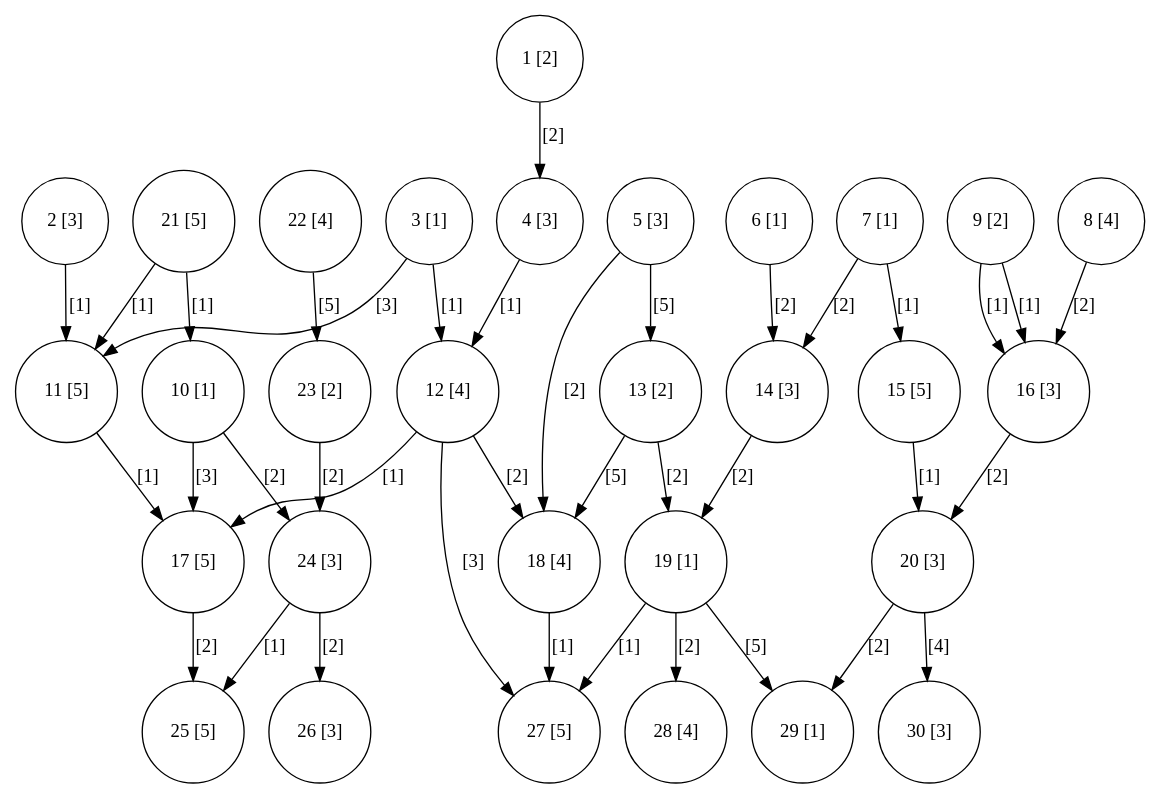
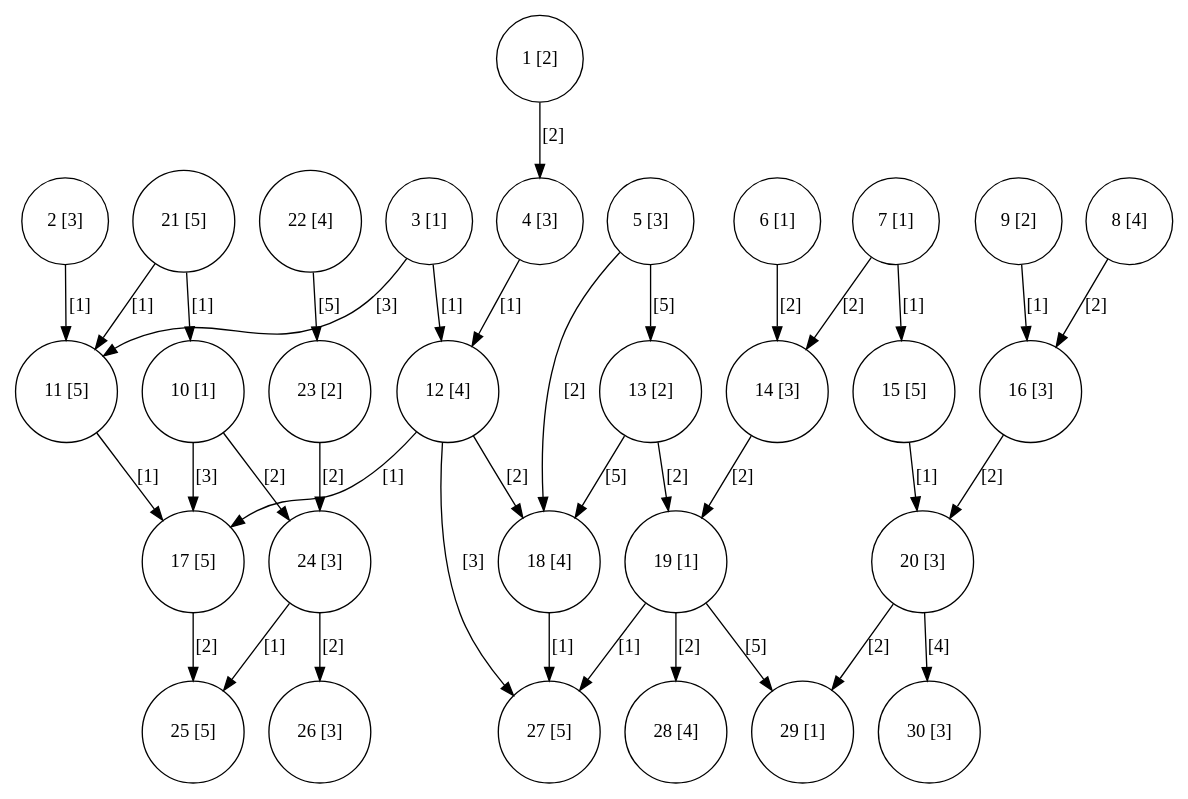
One commit to dimaLytvyniuk/PZKS changed the diagram in data_samples/graphiz-30-task-graph.gv. Above: the diagram before and after it, drawn with Graphviz. The commit also changed 1 other file, not shown here.

Commit message:
Add 30 task graph

```diff
--- a/data_samples/graphiz-30-task-graph.gv
+++ b/data_samples/graphiz-30-task-graph.gv
@@ -1,72 +1,70 @@
 digraph {
     1 [shape=circle; label="1 [2]"]
     2 [shape=circle; label="2 [3]"]
     3 [shape=circle; label="3 [1]"]
     4 [shape=circle; label="4 [3]"]
     5 [shape=circle; label="5 [3]"]
     6 [shape=circle; label="6 [1]"]
     7 [shape=circle; label="7 [1]"]
     8 [shape=circle; label="8 [4]"]
     9 [shape=circle; label="9 [2]"]
     10 [shape=circle; label="10 [1]"]
     11 [shape=circle; label="11 [5]"]
     12 [shape=circle; label="12 [4]"]
     13 [shape=circle; label="13 [2]"]
     14 [shape=circle; label="14 [3]"]
     15 [shape=circle; label="15 [5]"]
     16 [shape=circle; label="16 [3]"]
     17 [shape=circle; label="17 [5]"]
     18 [shape=circle; label="18 [4]"]
     19 [shape=circle; label="19 [1]"]
     20 [shape=circle; label="20 [3]"]
     21 [shape=circle; label="21 [5]"]
     22 [shape=circle; label="22 [4]"]
     23 [shape=circle; label="23 [2]"]
     24 [shape=circle; label="24 [3]"]
     25 [shape=circle; label="25 [5]"]
     26 [shape=circle; label="26 [3]"]
     27 [shape=circle; label="27 [5]"]
     28 [shape=circle; label="28 [4]"]
     29 [shape=circle; label="29 [1]"]
     30 [shape=circle; label="30 [3]"]
 
     1 -> 4 [ label = "[2]" ];
     2 -> 11 [ label = "[1]" ];
     3 -> 11 [ label = "[3]" ];
     3 -> 12 [ label = "[1]" ];
     4 -> 12 [ label = "[1]" ];
     5 -> 18 [ label = "[2]" ];
     5 -> 13 [ label = "[5]" ];
     6 -> 14 [ label = "[2]" ];
     7 -> 14 [ label = "[2]" ];
     7 -> 15 [ label = "[1]" ];
     8 -> 16 [ label = "[2]" ];
     9 -> 16 [ label = "[1]" ];
     10 -> 17 [ label = "[3]" ];
     11 -> 17 [ label = "[1]" ];
     12 -> 17 [ label = "[1]" ];
     12 -> 18 [ label = "[2]" ];
     13 -> 18 [ label = "[5]" ];
     13 -> 19 [ label = "[2]" ];
     14 -> 19 [ label = "[2]" ];
     15 -> 20 [ label = "[1]" ];
     16 -> 20 [ label = "[2]" ];
 
     21 -> 10 [ label = "[1]" ];
     21 -> 11 [ label = "[1]" ];
     22 -> 23 [ label = "[5]" ];
     23 -> 24 [ label = "[2]" ];
     10 -> 24 [ label = "[2]" ];
     24 -> 25 [ label = "[1]" ];
     17 -> 25 [ label = "[2]" ];
-    
     24 -> 26 [ label = "[2]" ];
-    9 -> 16 [ label = "[1]" ];
     12 -> 27 [ label = "[3]" ];
     18 -> 27 [ label = "[1]" ];
     19 -> 27 [ label = "[1]" ];
     19 -> 28 [ label = "[2]" ];
     19 -> 29 [ label = "[5]" ];
     20 -> 29 [ label = "[2]" ];
     20 -> 30 [ label = "[4]" ];
 }
```
